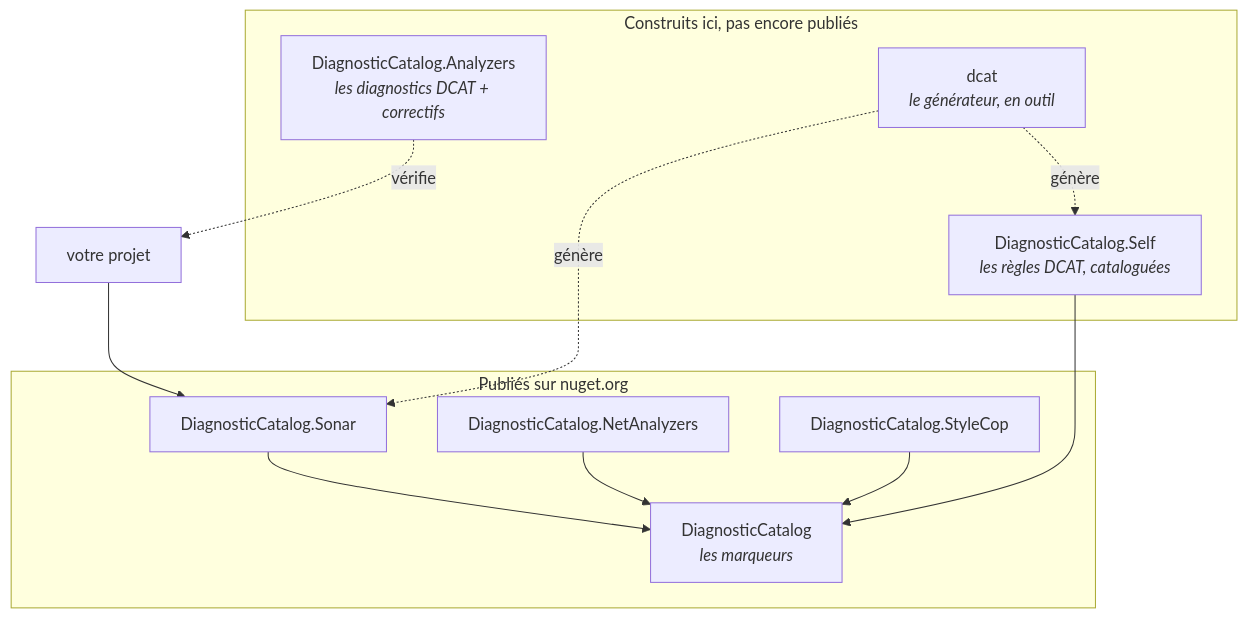
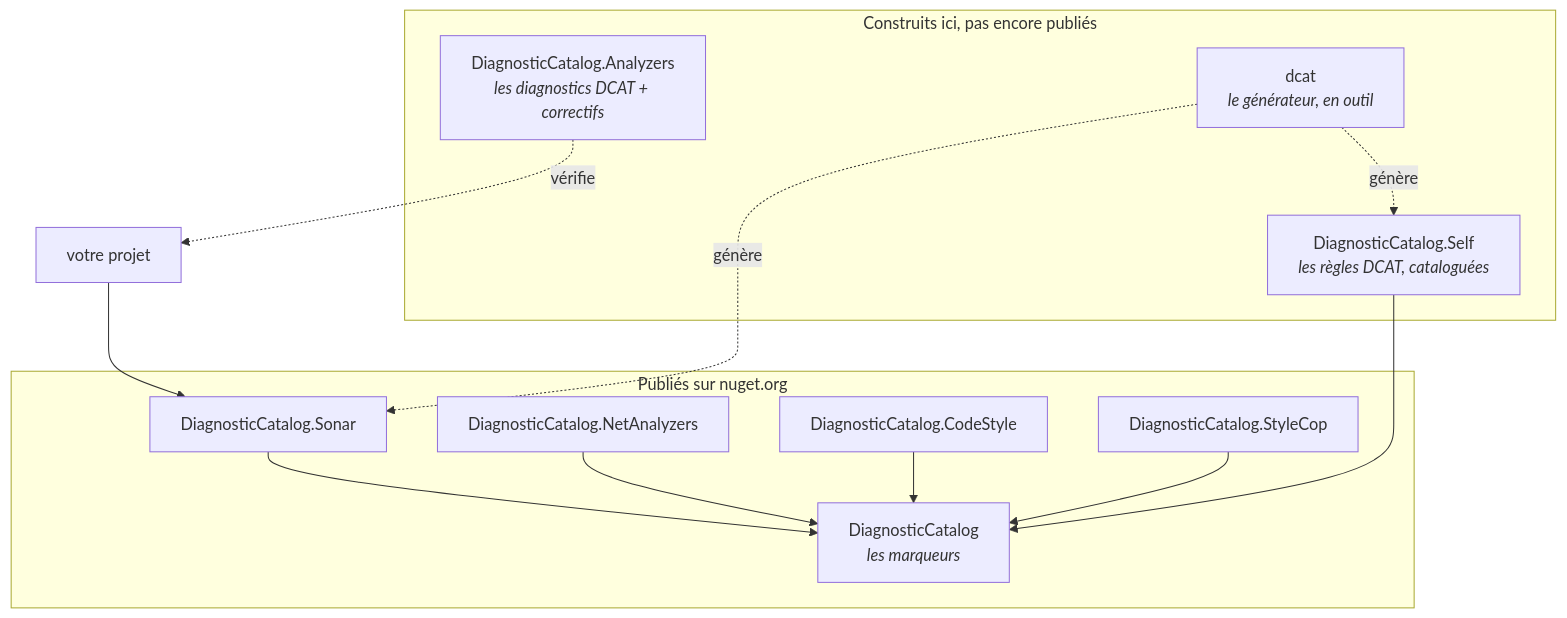
Before and after one commit to Reefact/diagnostic-catalog: the second of 2 diagrams in doc/guide/concepts.fr.md, drawn with Mermaid. The commit also changed 40 other files, not shown here.

````diff
--- a/doc/guide/concepts.fr.md
+++ b/doc/guide/concepts.fr.md
@@ -79,22 +79,24 @@
 ```mermaid
 flowchart TB
     subgraph PUB["Publiés sur nuget.org"]
         F["DiagnosticCatalog<br/><i>les marqueurs</i>"]
         S["DiagnosticCatalog.Sonar"]
         N["DiagnosticCatalog.NetAnalyzers"]
         T["DiagnosticCatalog.StyleCop"]
+        CS["DiagnosticCatalog.CodeStyle"]
         S --> F
         N --> F
+        CS --> F
         T --> F
     end
     subgraph SOON["Construits ici, pas encore publiés"]
         A["DiagnosticCatalog.Analyzers<br/><i>les diagnostics DCAT + correctifs</i>"]
         SELF["DiagnosticCatalog.Self<br/><i>les règles DCAT, cataloguées</i>"]
         CLI["dcat<br/><i>le générateur, en outil</i>"]
         SELF --> F
     end
     YOU["votre projet"] --> S
     A -. "vérifie" .-> YOU
     CLI -. "génère" .-> S
     CLI -. "génère" .-> SELF
 ```
````
